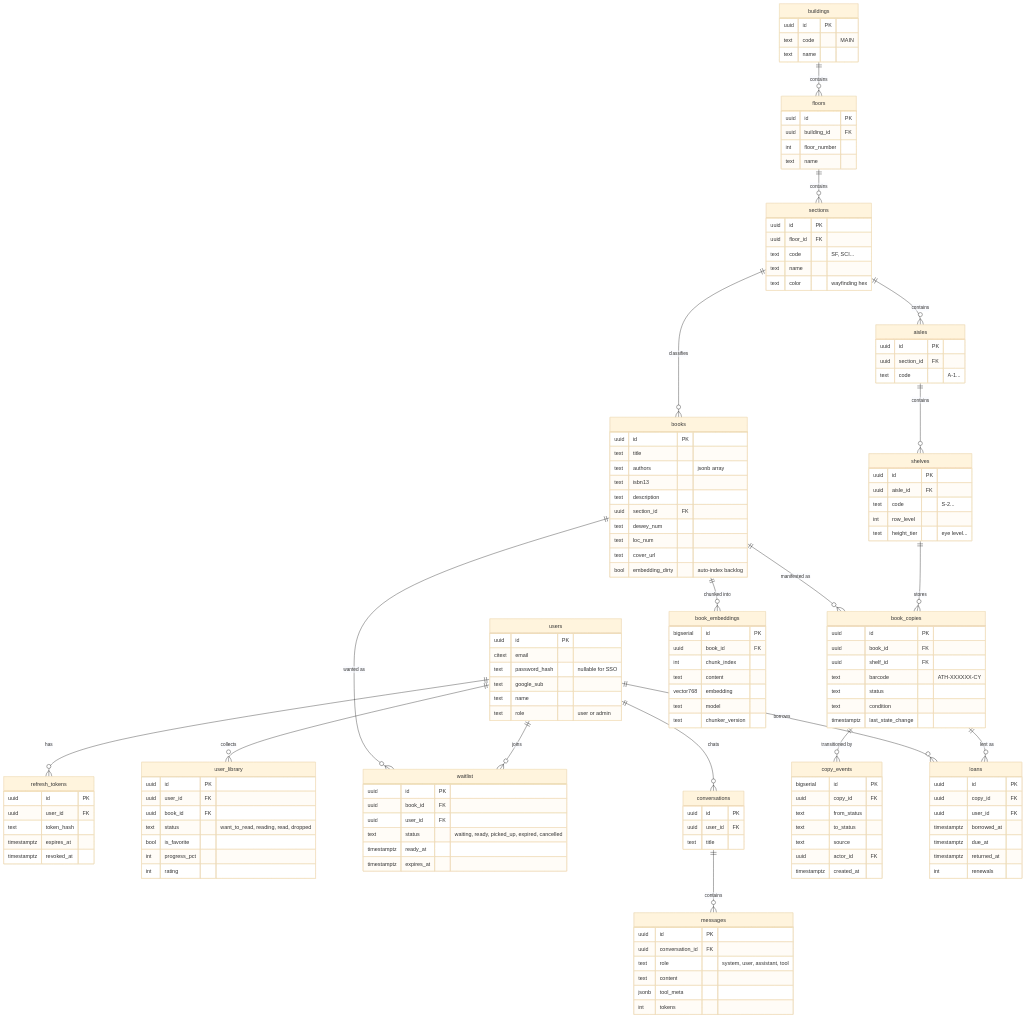
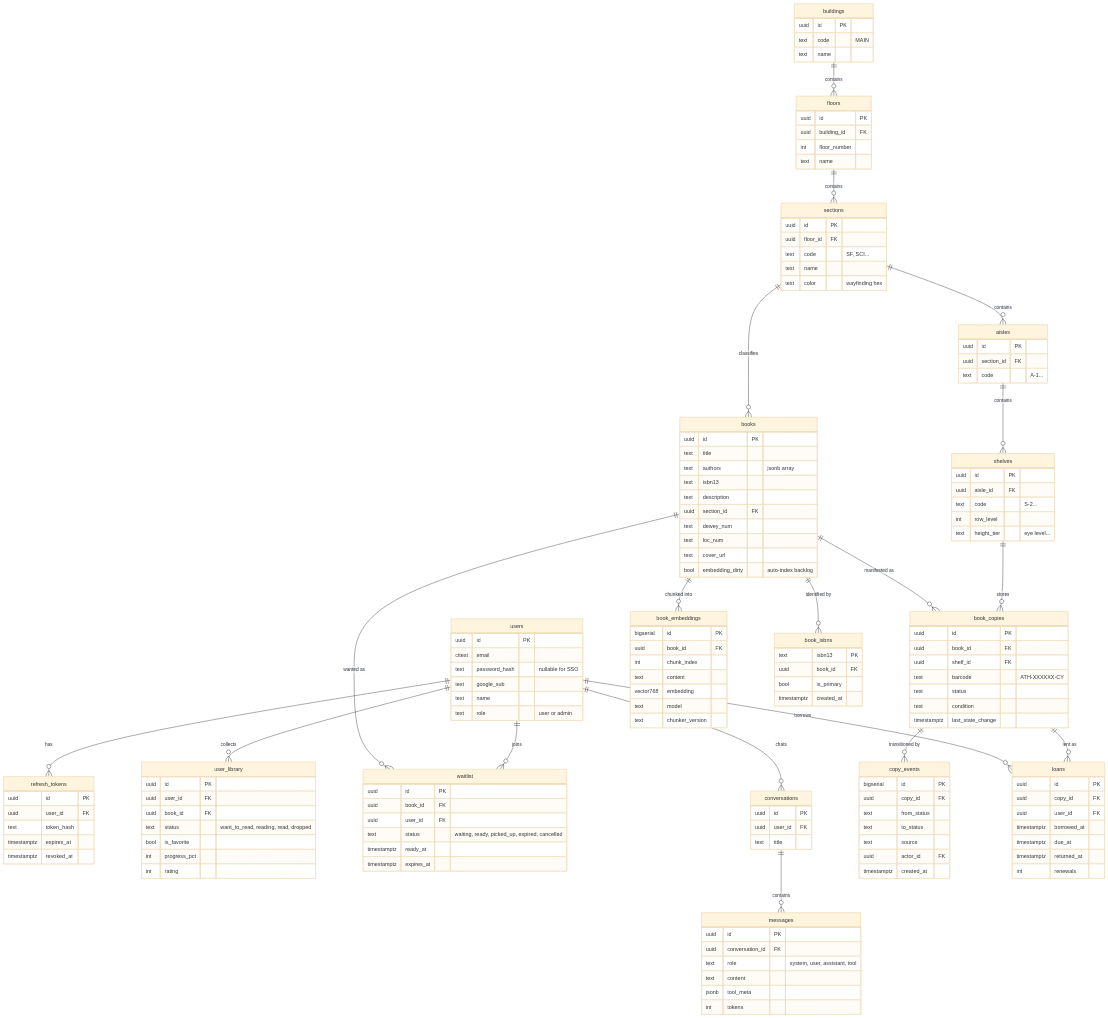
The diagram in docs/02-data-model.md (cattyman919/athenaeum), drawn with Mermaid (base theme) before and after one commit. The commit also changed other lines of this file and 13 other files, not shown here.

```diff
--- a/docs/02-data-model.md
+++ b/docs/02-data-model.md
@@ -70,7 +71,14 @@
     book_copies ||--o{ copy_events : "transitioned by"
     book_copies ||--o{ loans : "lent as"
     users ||--o{ loans : "borrows"
+    books ||--o{ book_isbns : "identified by"
 
+    book_isbns {
+        text isbn13 PK
+        uuid book_id FK
+        bool is_primary
+        timestamptz created_at
+    }
     users {
         uuid id PK
         citext email
```
